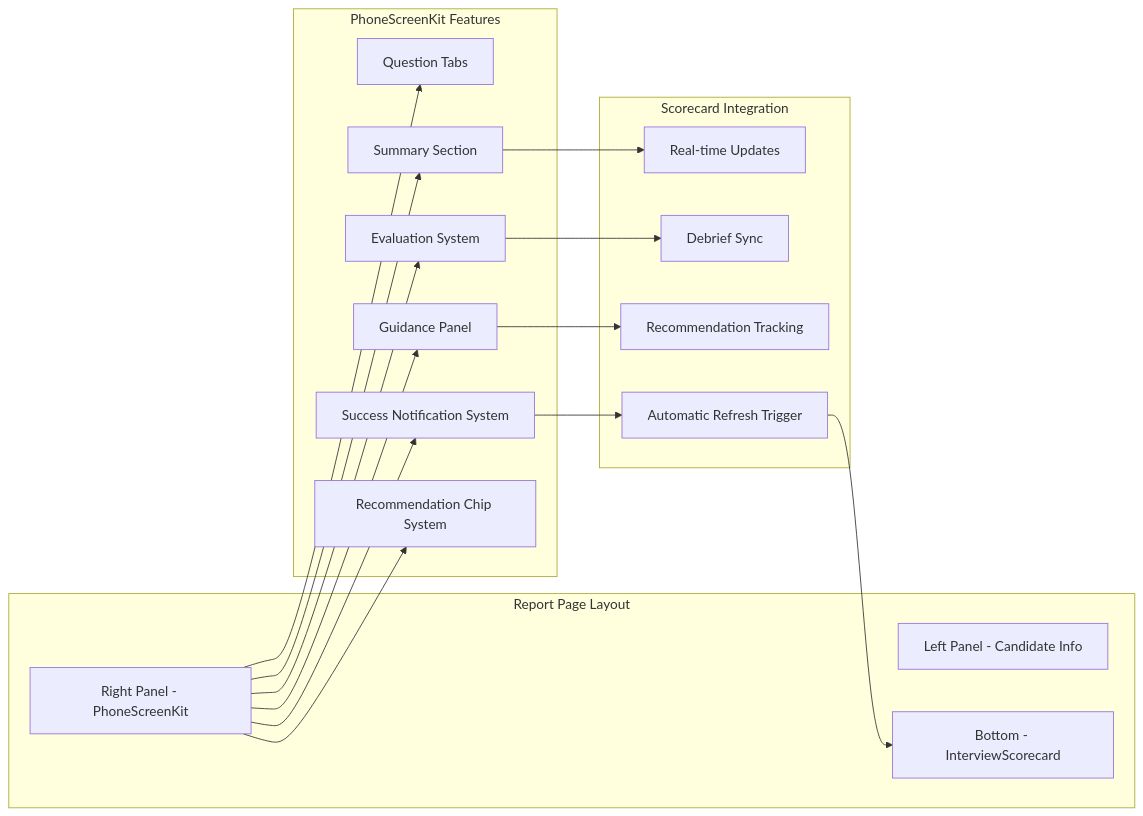
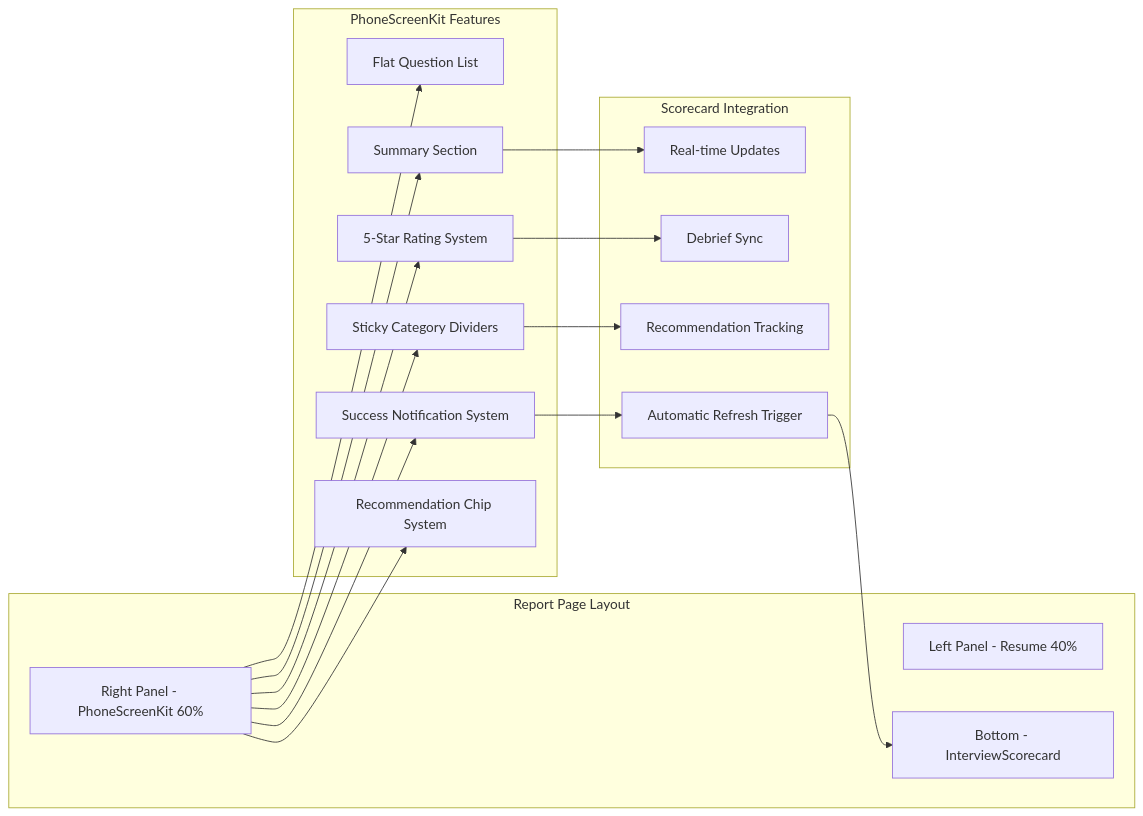
One commit to Revanththetalogics/aireume changed the seventh of 12 diagrams in .qoder/repowiki/en/content/Frontend Architecture/Component Library/PhoneScreenKit Component.md. Above: the diagram before and after it, drawn with Mermaid. The commit also changed other lines of this file and 61 other files, not shown here.

````diff
--- a/.qoder/repowiki/en/content/Frontend Architecture/Component Library/PhoneScreenKit Component.md
+++ b/.qoder/repowiki/en/content/Frontend Architecture/Component Library/PhoneScreenKit Component.md
@@ -355,33 +376,33 @@
 ```mermaid
 graph LR
 subgraph "Report Page Layout"
-A[Left Panel - Candidate Info]
-B[Right Panel - PhoneScreenKit]
+A[Left Panel - Resume 40%]
+B[Right Panel - PhoneScreenKit 60%]
 C[Bottom - InterviewScorecard]
 end
 subgraph "PhoneScreenKit Features"
-D[Question Tabs]
-E[Evaluation System]
-F[Guidance Panel]
+D[Flat Question List]
+E[5-Star Rating System]
+F[Sticky Category Dividers]
 G[Summary Section]
 H[Success Notification System]
 I[Recommendation Chip System]
 end
 subgraph "Scorecard Integration"
 J[Real-time Updates]
 K[Debrief Sync]
 L[Recommendation Tracking]
 M[Automatic Refresh Trigger]
 end
 B --> D
 B --> E
 B --> F
 B --> G
 B --> H
 B --> I
 G --> J
 E --> K
 F --> L
 H --> M
 M --> C
 ```
````
